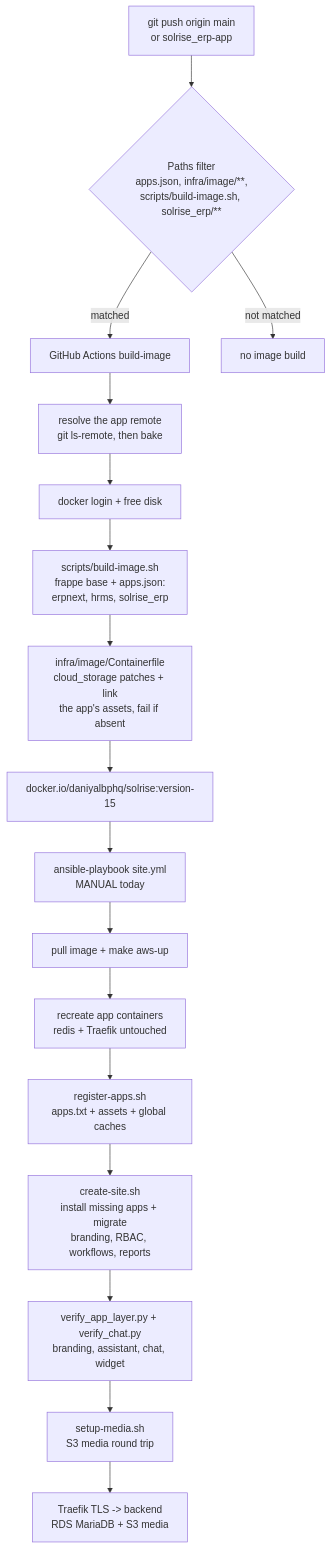
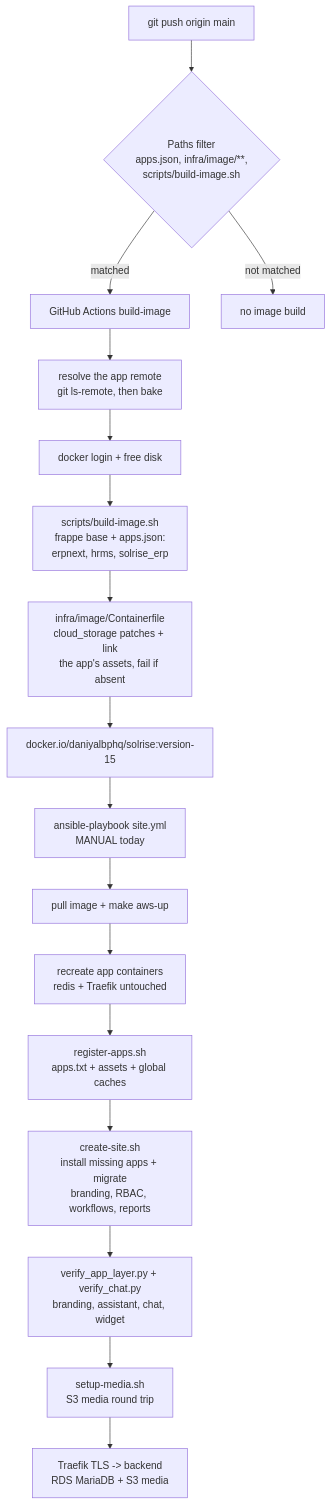
Before and after one commit to daniyalbphq-commits/solrise-erp: the first of 2 diagrams in docs/16-deployment-pipeline-status.md, drawn with Mermaid. The commit also changed other lines of this file and 1 other file, not shown here.

````diff
--- a/docs/16-deployment-pipeline-status.md
+++ b/docs/16-deployment-pipeline-status.md
@@ -14,19 +15,19 @@
 ```mermaid
 flowchart TD
-    A[git push origin main<br/>or solrise_erp-app] --> B{Paths filter<br/>apps.json, infra/image/**,<br/>scripts/build-image.sh, solrise_erp/**}
+    A[git push origin main] --> B{Paths filter<br/>apps.json, infra/image/**,<br/>scripts/build-image.sh}
     B -->|matched| C[GitHub Actions build-image]
     B -->|not matched| Z[no image build]
     C --> C0[resolve the app remote<br/>git ls-remote, then bake]
     C0 --> D[docker login + free disk]
     D --> E[scripts/build-image.sh<br/>frappe base + apps.json:<br/>erpnext, hrms, solrise_erp]
     E --> F[infra/image/Containerfile<br/>cloud_storage patches + link<br/>the app's assets, fail if absent]
     F --> G[docker.io/daniyalbphq/solrise:version-15]
     G --> H[ansible-playbook site.yml<br/>MANUAL today]
     H --> I[pull image + make aws-up]
     I --> J[recreate app containers<br/>redis + Traefik untouched]
     J --> J0[register-apps.sh<br/>apps.txt + assets + global caches]
     J0 --> K[create-site.sh<br/>install missing apps + migrate<br/>branding, RBAC, workflows, reports]
     K --> M[verify_app_layer.py + verify_chat.py<br/>branding, assistant, chat, widget]
     M --> N[setup-media.sh<br/>S3 media round trip]
     N --> L[Traefik TLS -> backend<br/>RDS MariaDB + S3 media]
 ```
````
